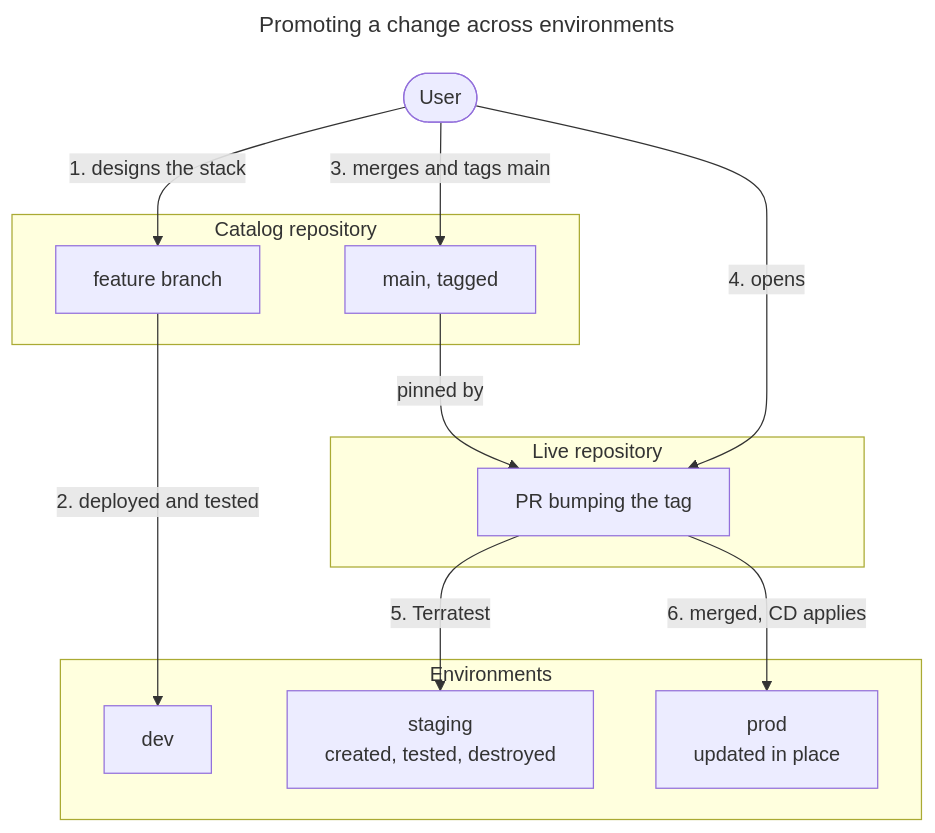
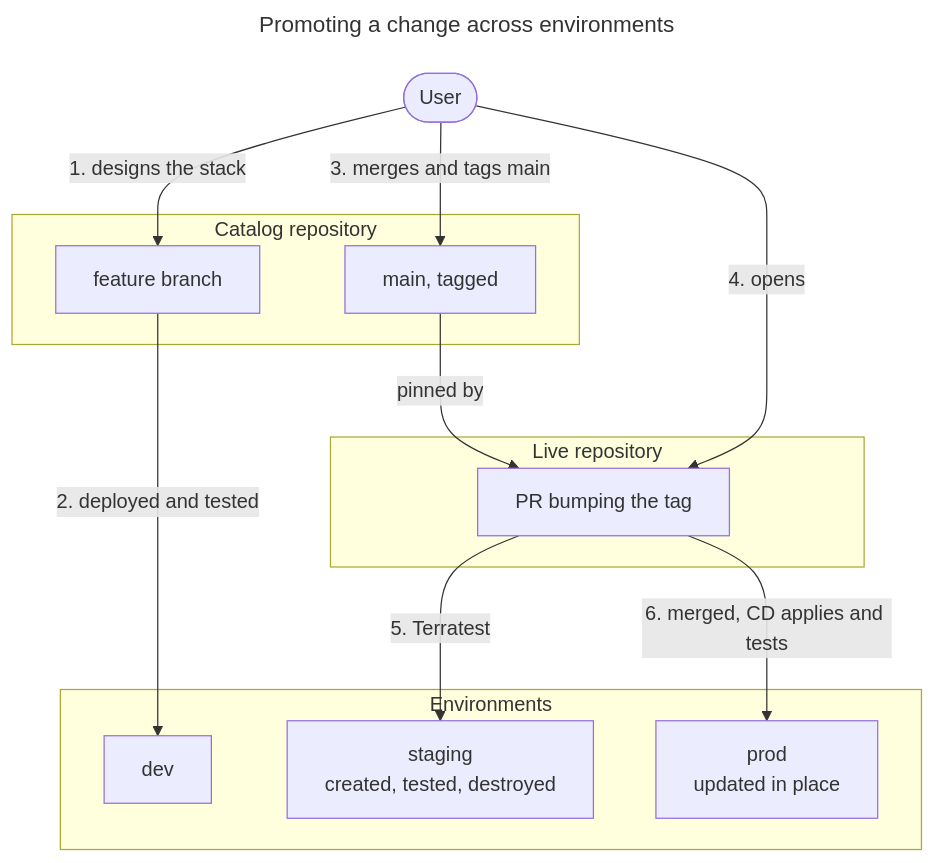
The third of 3 diagrams in site/docs/iac/index.md (ConsciousML/eks-forge), drawn with Mermaid before and after one commit. The commit also changed other lines of this file and 3 other files, not shown here.

````diff
--- a/site/docs/iac/index.md
+++ b/site/docs/iac/index.md
@@ -230,26 +230,26 @@
 ```mermaid
 ---
 title: Promoting a change across environments
 ---
 flowchart TD
     user(["User"])
     subgraph catalog["Catalog repository"]
         branch["feature branch"]
         tag["main, tagged"]
     end
     subgraph live["Live repository"]
         pr["PR bumping the tag"]
     end
     subgraph envs["Environments"]
         dev["dev"]
         staging["staging<br/>created, tested, destroyed"]
         prod["prod<br/>updated in place"]
     end
     user -->|"1. designs the stack"| branch
     branch -->|"2. deployed and tested"| dev
     user -->|"3. merges and tags main"| tag
     user -->|"4. opens"| pr
     tag -->|"pinned by"| pr
     pr -->|"5. Terratest"| staging
-    pr -->|"6. merged, CD applies"| prod
+    pr -->|"6. merged, CD applies and tests"| prod
 ```
````
